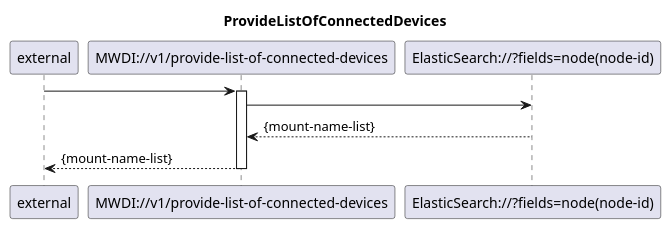
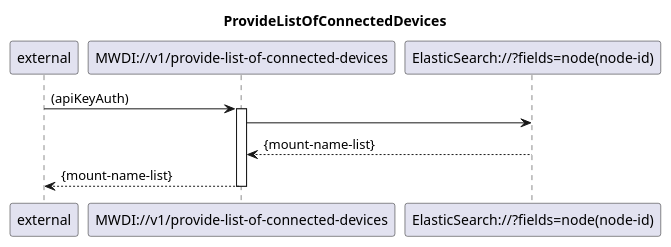
Before and after one commit to openBackhaul/MicroWaveDeviceInventory: the diagram in spec/diagrams/100_ProvideListOfConnectedDevices.plantuml, drawn with PlantUML. The commit also changed 9 other files, not shown here.

Commit message:
Update ServiceList based on diagrams

```diff
--- a/spec/diagrams/100_ProvideListOfConnectedDevices.plantuml
+++ b/spec/diagrams/100_ProvideListOfConnectedDevices.plantuml
@@ -1,19 +1,19 @@
 @startuml 100_ProvideListOfConnectedDevices
 skinparam responseMessageBelowArrow true
 
 title  ProvideListOfConnectedDevices
 
 participant "external" as requestor
 participant "MWDI://v1/provide-list-of-connected-devices" as provideListOfConnectedDevices
 participant "ElasticSearch://?fields=node(node-id)" as ConnectedDeviceList
 
-requestor -> provideListOfConnectedDevices
+requestor -> provideListOfConnectedDevices: (apiKeyAuth)
 activate provideListOfConnectedDevices
 
 provideListOfConnectedDevices -> ConnectedDeviceList
 ConnectedDeviceList --> provideListOfConnectedDevices: {mount-name-list}
 
 provideListOfConnectedDevices --> requestor: {mount-name-list}
 deactivate provideListOfConnectedDevices
 
 @enduml
```
